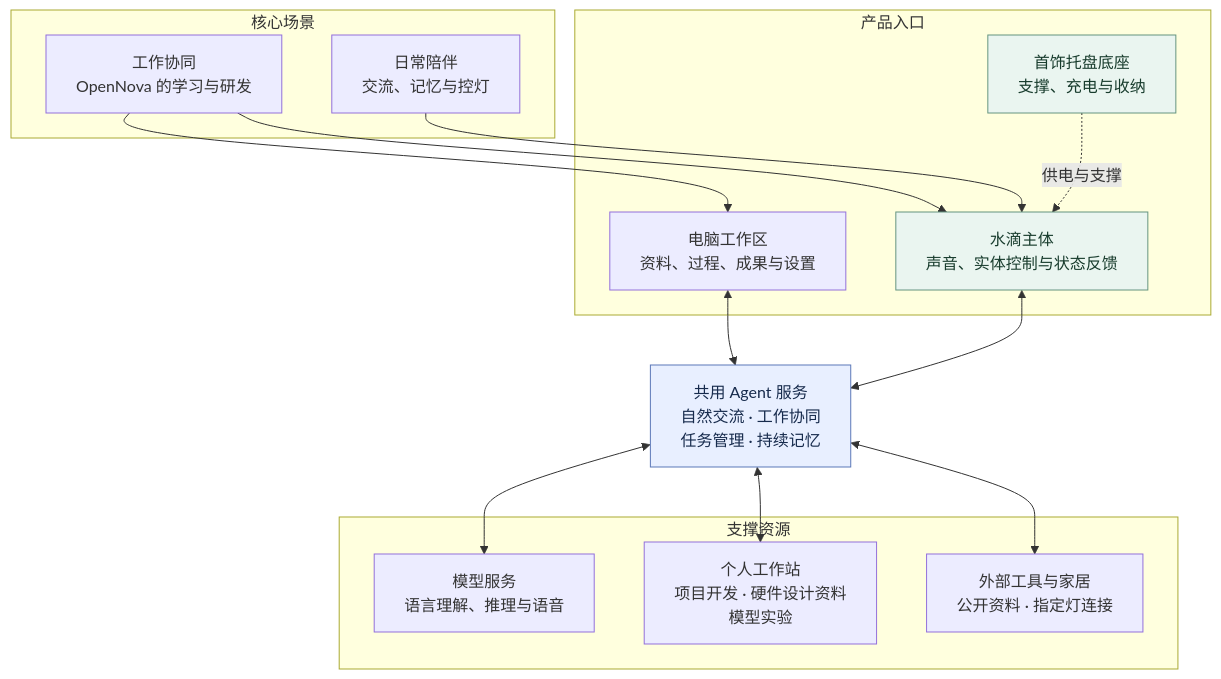
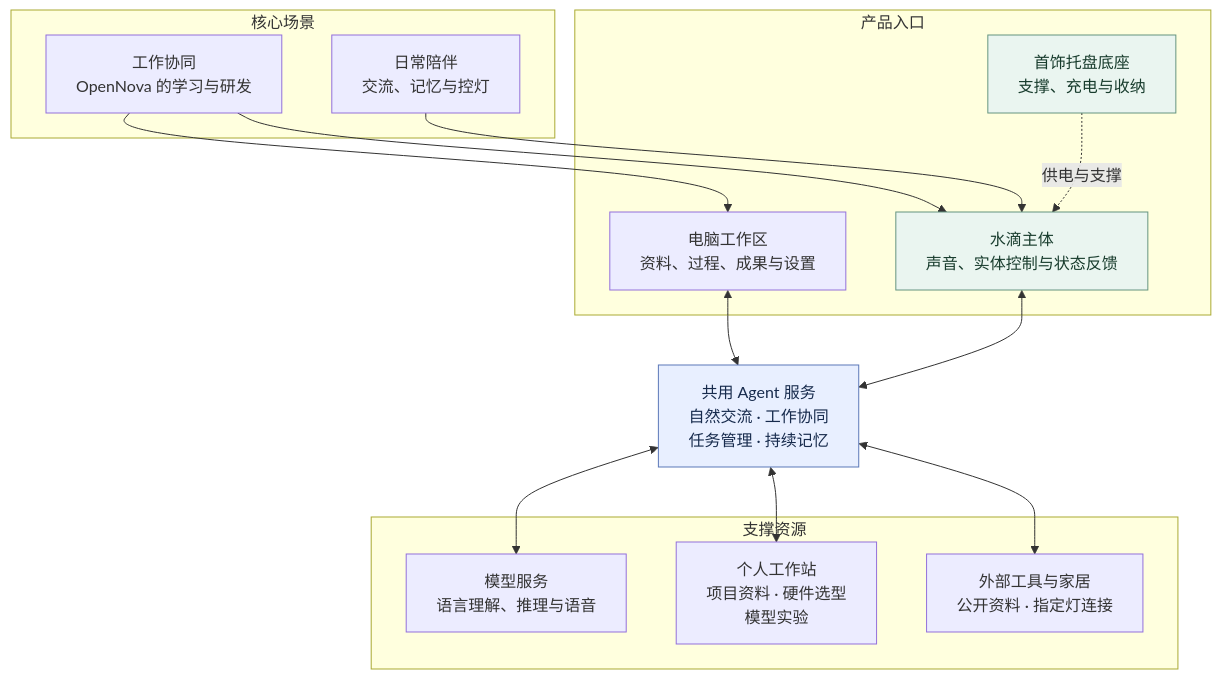
Before and after one commit to jornel83/openNova: the diagram in docs/product/opennova-mvp-prd.md, drawn with Mermaid. The commit also changed other lines of this file and 455 other files, not shown here.

````diff
--- a/docs/product/opennova-mvp-prd.md
+++ b/docs/product/opennova-mvp-prd.md
@@ -188,31 +205,31 @@
 ```mermaid
 flowchart TB
     subgraph Scenes[核心场景]
         Work[工作协同<br/>OpenNova 的学习与研发]
         Daily[日常陪伴<br/>交流、记忆与控灯]
     end
     subgraph Entry[产品入口]
         Desktop[电脑工作区<br/>资料、过程、成果与设置]
         Drop[水滴主体<br/>声音、实体控制与状态反馈]
         Dock[首饰托盘底座<br/>支撑、充电与收纳]
     end
     Agent[共用 Agent 服务<br/>自然交流 · 工作协同<br/>任务管理 · 持续记忆]
     subgraph Support[支撑资源]
         Models[模型服务<br/>语言理解、推理与语音]
-        Station[个人工作站<br/>项目开发 · 硬件设计资料<br/>模型实验]
+        Station[个人工作站<br/>项目资料 · 硬件选型<br/>模型实验]
         External[外部工具与家居<br/>公开资料 · 指定灯连接]
     end
     Work --> Desktop
     Work --> Drop
     Daily --> Drop
     Dock -.->|供电与支撑| Drop
     Desktop <--> Agent
     Drop <--> Agent
     Agent <--> Models
     Agent <--> Station
     Agent <--> External
     classDef core fill:#e8efff,stroke:#5b78b8,color:#172b4d
     classDef hardware fill:#eaf5f0,stroke:#659480,color:#183c2d
     class Agent core
     class Drop,Dock hardware
 ```
````
